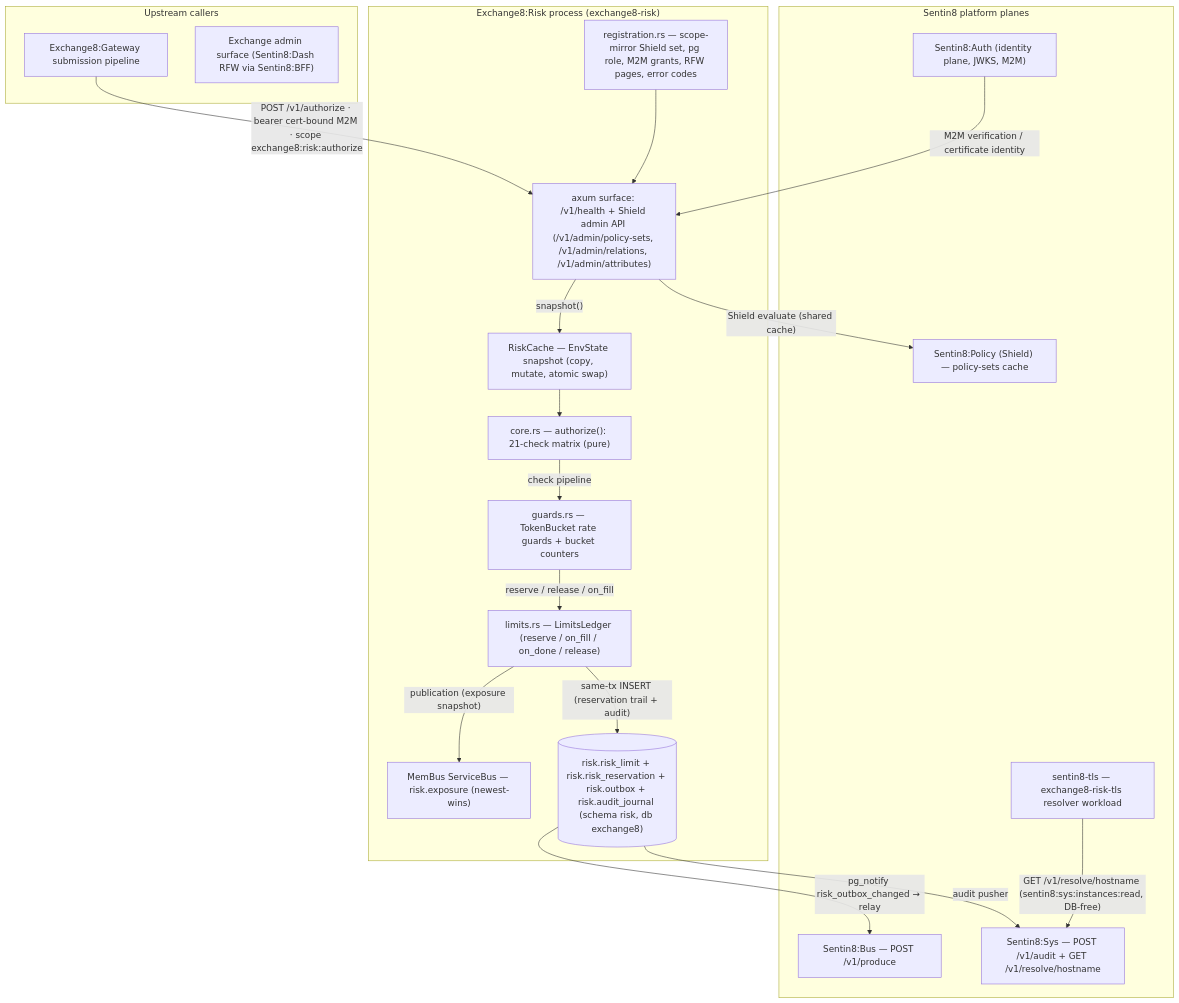
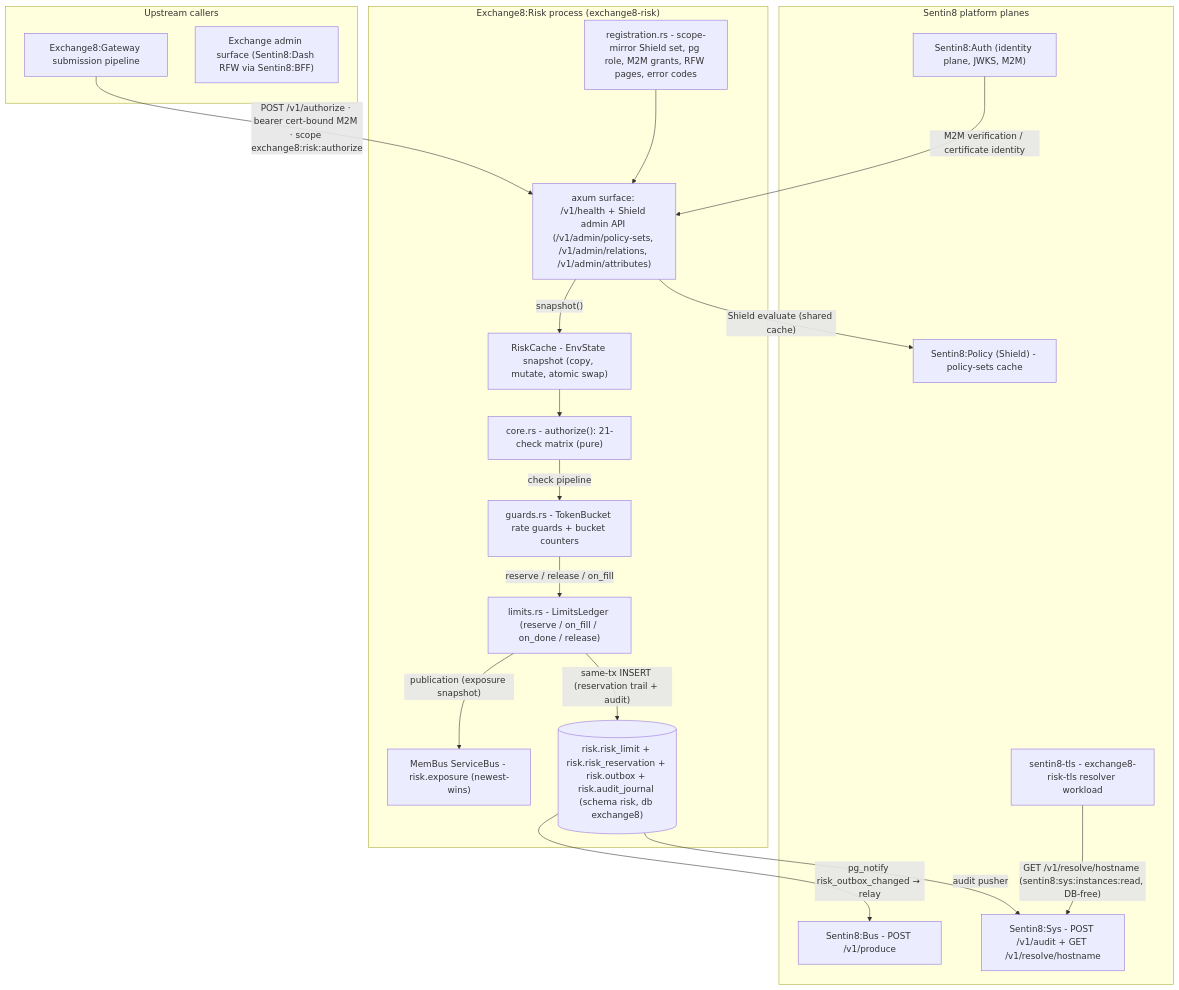
One commit to Exchange8-dev/exchange8-risk changed the diagram in README.md. Above: the diagram before and after it, drawn with Mermaid. The commit also changed other lines of this file and 17 other files, not shown here.

````diff
--- a/README.md
+++ b/README.md
@@ -67,40 +67,40 @@
 ```mermaid
 graph TD
     subgraph Caller["Upstream callers"]
         GW["Exchange8:Gateway submission pipeline"]
         ADM["Exchange admin surface (Sentin8:Dash RFW via Sentin8:BFF)"]
     end
 
     subgraph RISK["Exchange8:Risk process (exchange8-risk)"]
         HTTP["axum surface: /v1/health + Shield admin API (/v1/admin/policy-sets, /v1/admin/relations, /v1/admin/attributes)"]
-        SNAP["RiskCache — EnvState snapshot (copy, mutate, atomic swap)"]
-        CORE["core.rs — authorize(): 21-check matrix (pure)"]
-        GUA["guards.rs — TokenBucket rate guards + bucket counters"]
-        LIM["limits.rs — LimitsLedger (reserve / on_fill / on_done / release)"]
-        MB["MemBus ServiceBus — risk.exposure (newest-wins)"]
+        SNAP["RiskCache - EnvState snapshot (copy, mutate, atomic swap)"]
+        CORE["core.rs - authorize(): 21-check matrix (pure)"]
+        GUA["guards.rs - TokenBucket rate guards + bucket counters"]
+        LIM["limits.rs - LimitsLedger (reserve / on_fill / on_done / release)"]
+        MB["MemBus ServiceBus - risk.exposure (newest-wins)"]
         DB[("risk.risk_limit + risk.risk_reservation + risk.outbox + risk.audit_journal (schema risk, db exchange8)")]
-        REG["registration.rs — scope-mirror Shield set, pg role, M2M grants, RFW pages, error codes"]
+        REG["registration.rs - scope-mirror Shield set, pg role, M2M grants, RFW pages, error codes"]
     end
 
     subgraph Platform["Sentin8 platform planes"]
         AUTHPL["Sentin8:Auth (identity plane, JWKS, M2M)"]
-        SHIELD["Sentin8:Policy (Shield) — policy-sets cache"]
-        BUS["Sentin8:Bus — POST /v1/produce"]
-        SYSPL["Sentin8:Sys — POST /v1/audit + GET /v1/resolve/hostname"]
-        TLSP["sentin8-tls — exchange8-risk-tls resolver workload"]
+        SHIELD["Sentin8:Policy (Shield) - policy-sets cache"]
+        BUS["Sentin8:Bus - POST /v1/produce"]
+        SYSPL["Sentin8:Sys - POST /v1/audit + GET /v1/resolve/hostname"]
+        TLSP["sentin8-tls - exchange8-risk-tls resolver workload"]
     end
 
     GW -- "POST /v1/authorize · bearer cert-bound M2M · scope exchange8:risk:authorize" --> HTTP
     HTTP -- "Shield evaluate (shared cache)" --> SHIELD
     HTTP -- "snapshot()" --> SNAP
     SNAP --> CORE
     CORE -- "check pipeline" --> GUA
     GUA -- "reserve / release / on_fill" --> LIM
     LIM -- "publication (exposure snapshot)" --> MB
     LIM -- "same-tx INSERT (reservation trail + audit)" --> DB
     DB -- "pg_notify risk_outbox_changed → relay" --> BUS
     DB -- "audit pusher" --> SYSPL
     REG --> HTTP
     AUTHPL -- "M2M verification / certificate identity" --> HTTP
     TLSP -- "GET /v1/resolve/hostname (sentin8:sys:instances:read, DB-free)" --> SYSPL
 ```
````
